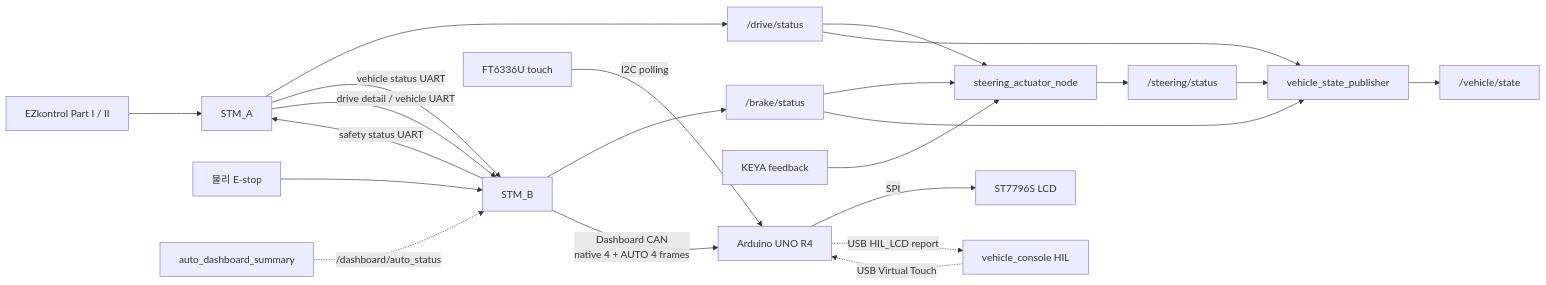
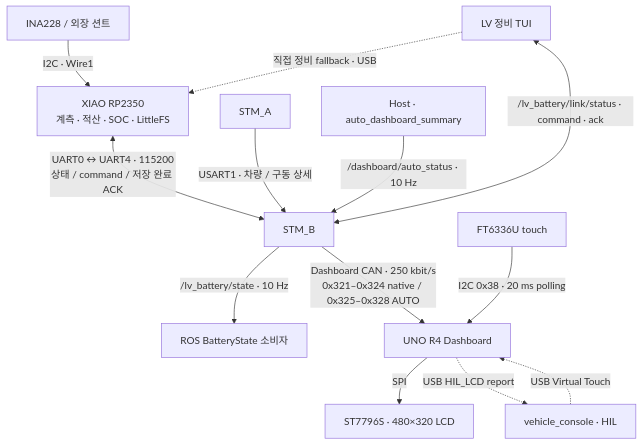
The third of 3 diagrams in docs/ARCHITECTURE.md (shinjuyeop/Control), drawn with Mermaid before and after one commit. The commit also changed other lines of this file and 22 other files, not shown here.

First line of the commit message:
docs(control): refresh RP2350 architecture and streamline vehicle runbook

````diff
--- a/docs/ARCHITECTURE.md
+++ b/docs/ARCHITECTURE.md
@@ -247,24 +295,15 @@
 ```mermaid
-flowchart LR
-    EZ["EZkontrol Part I / II"] --> A["STM_A"]
-    A --> DS["/drive/status"]
-    A -->|"vehicle status UART"| B["STM_B"]
-    B -->|"safety status UART"| A
-    E["물리 E-stop"] --> B
-    B --> BS["/brake/status"]
-    K["KEYA feedback"] --> L["steering_actuator_node"]
-    DS --> L
-    BS --> L
-    L --> SS["/steering/status"]
-    DS --> F["vehicle_state_publisher"]
-    BS --> F
-    SS --> F
-    F --> VS["/vehicle/state"]
-    A -->|"drive detail / vehicle UART"| B
-    Summary["auto_dashboard_summary"] -.->|"/dashboard/auto_status"| B
-    B -->|"Dashboard CAN<br/>native 4 + AUTO 4 frames"| UNO["Arduino UNO R4"]
-    UNO -->|"SPI"| LCD["ST7796S LCD"]
-    Touch["FT6336U touch"] -->|"I2C polling"| UNO
-    HIL["vehicle_console HIL"] -.->|"USB Virtual Touch"| UNO
+flowchart TB
+    INA["INA228 / 외장 션트"] -->|"I2C · Wire1"| RP["XIAO RP2350<br/>계측 · 적산 · SOC · LittleFS"]
+    RP <-->|"UART0 ↔ UART4 · 115200<br/>상태 / command / 저장 완료 ACK"| B["STM_B"]
+    A["STM_A"] -->|"USART1 · 차량 / 구동 상세"| B
+    Summary["Host · auto_dashboard_summary"] -->|"/dashboard/auto_status · 10 Hz"| B
+    B -->|"/lv_battery/state · 10 Hz"| ROS["ROS BatteryState 소비자"]
+    TUI["LV 정비 TUI"] <-->|"/lv_battery/link/status · command · ack"| B
+    TUI -.->|"직접 정비 fallback · USB"| RP
+    B -->|"Dashboard CAN · 250 kbit/s<br/>0x321–0x324 native / 0x325–0x328 AUTO"| UNO["UNO R4 Dashboard"]
+    UNO -->|"SPI"| LCD["ST7796S · 480×320 LCD"]
+    Touch["FT6336U touch"] -->|"I2C 0x38 · 20 ms polling"| UNO
+    HIL["vehicle_console · HIL"] -.->|"USB Virtual Touch"| UNO
     UNO -.->|"USB HIL_LCD report"| HIL
 ```
````
